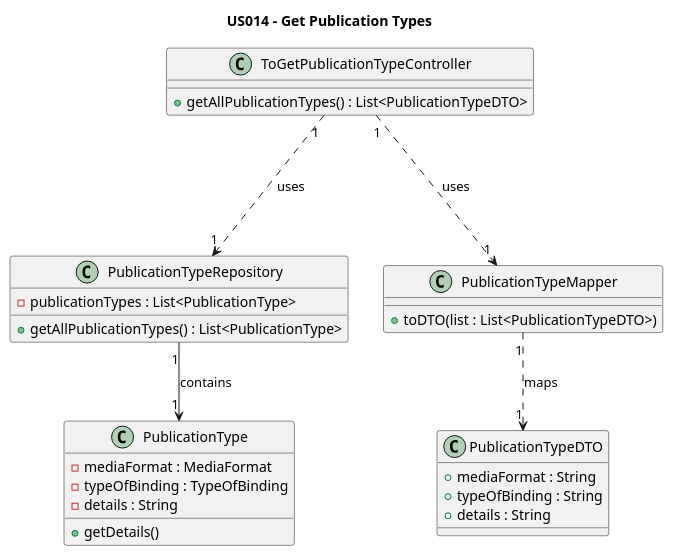
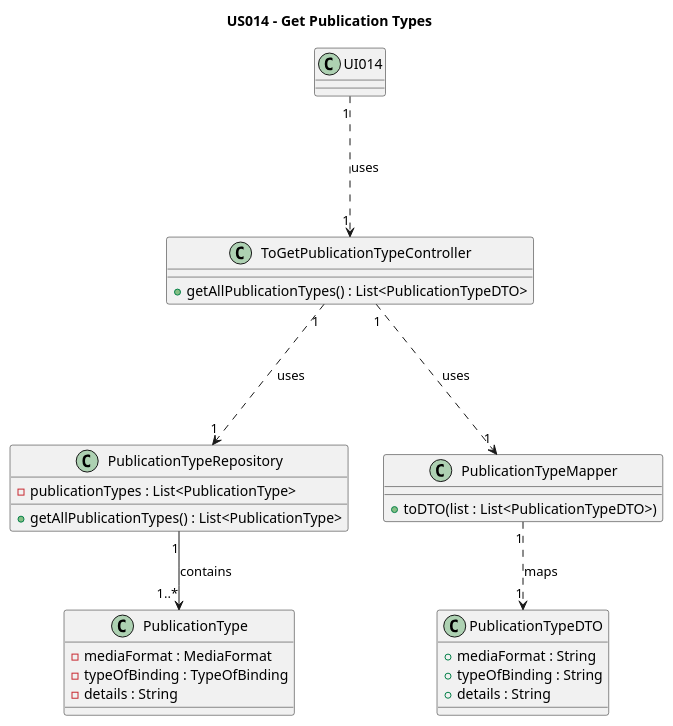
The diagram in Diagrams/ClassDiagrams/US014-to-get-publitaction-type-list.puml (AndrePereiraGitH/SWitCH-Project-Team_A), drawn with PlantUML before and after one commit. The commit also changed 2 other files, not shown here.

```diff
--- a/Diagrams/ClassDiagrams/US014-to-get-publitaction-type-list.puml
+++ b/Diagrams/ClassDiagrams/US014-to-get-publitaction-type-list.puml
@@ -1,34 +1,36 @@
 @startuml
 title US014 - Get Publication Types
+
+class UI014{}
 
 class ToGetPublicationTypeController {
     +getAllPublicationTypes() : List<PublicationTypeDTO>
 }
 
 class PublicationTypeRepository {
     -publicationTypes : List<PublicationType>
     +getAllPublicationTypes() : List<PublicationType>
 }
 
 class PublicationTypeMapper {
     +toDTO(list : List<PublicationTypeDTO>)
 }
 
 class PublicationTypeDTO {
     +mediaFormat : String
     +typeOfBinding : String
     +details : String
 }
 
 class PublicationType {
     -mediaFormat : MediaFormat
     -typeOfBinding : TypeOfBinding
     -details : String
-    +getDetails()
 }
 
+UI014 "1" -.-> "1" ToGetPublicationTypeController : uses
 ToGetPublicationTypeController "1" -.-> "1" PublicationTypeRepository : uses
 ToGetPublicationTypeController "1" -.-> "1" PublicationTypeMapper : uses
 PublicationTypeMapper "1" -.> "1" PublicationTypeDTO : maps
-PublicationTypeRepository "1" --> "1" PublicationType : contains
+PublicationTypeRepository "1" --> "1..*" PublicationType : contains
 @enduml
```
